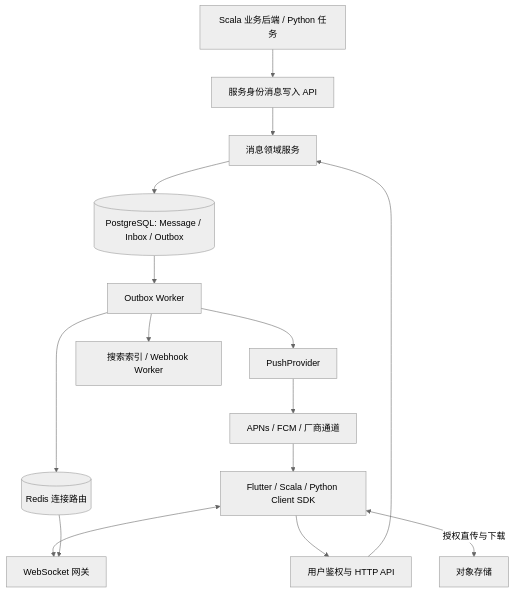
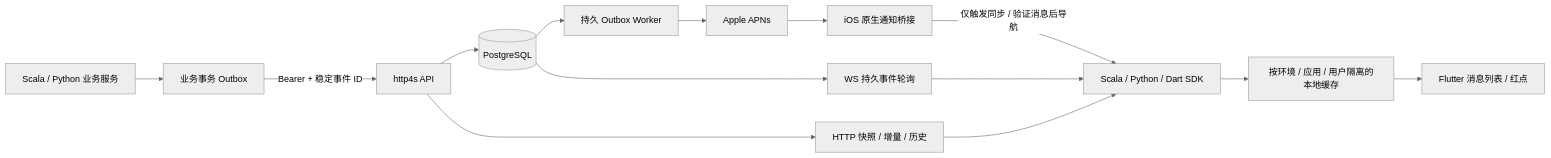
The diagram in docs/architecture.md (bitlap/polyglot-im), drawn with Mermaid (neutral theme) before and after one commit. The commit also changed other lines of this file and 134 other files, not shown here.

Commit message:
feat: 实现 P0/P1 通知服务与多端 SDK，支持 iOS APNs

````diff
--- a/docs/architecture.md
+++ b/docs/architecture.md
@@ -7,17 +7,16 @@
 ```mermaid
-flowchart TB
-  B[Scala 业务后端 / Python 任务] --> I[服务身份消息写入 API]
-  C[Flutter / Scala / Python Client SDK] --> A[用户鉴权与 HTTP API]
-  C <--> G[WebSocket 网关]
-  I --> D[消息领域服务]
-  A --> D
-  D --> PG[(PostgreSQL: Message / Inbox / Outbox)]
-  PG --> W[Outbox Worker]
-  W --> R[(Redis 连接路由)]
-  R --> G
-  W --> P[PushProvider]
-  P --> O[APNs / FCM / 厂商通道]
-  O --> C
-  C <-->|授权直传与下载| S[对象存储]
-  W --> X[搜索索引 / Webhook Worker]
+flowchart LR
+  B[Scala / Python 业务服务] --> BO[业务事务 Outbox]
+  BO -->|Bearer + 稳定事件 ID| API[http4s API]
+  API --> DB[(PostgreSQL)]
+  DB --> W[持久 Outbox Worker]
+  W --> APNs[Apple APNs]
+  DB --> WS[WS 持久事件轮询]
+  API --> HTTP[HTTP 快照 / 增量 / 历史]
+  WS --> SDK[Scala / Python / Dart SDK]
+  HTTP --> SDK
+  SDK --> CACHE[按环境 / 应用 / 用户隔离的本地缓存]
+  CACHE --> FL[Flutter 消息列表 / 红点]
+  APNs --> IOS[iOS 原生通知桥接]
+  IOS -->|仅触发同步 / 验证消息后导航| SDK
 ```
````
